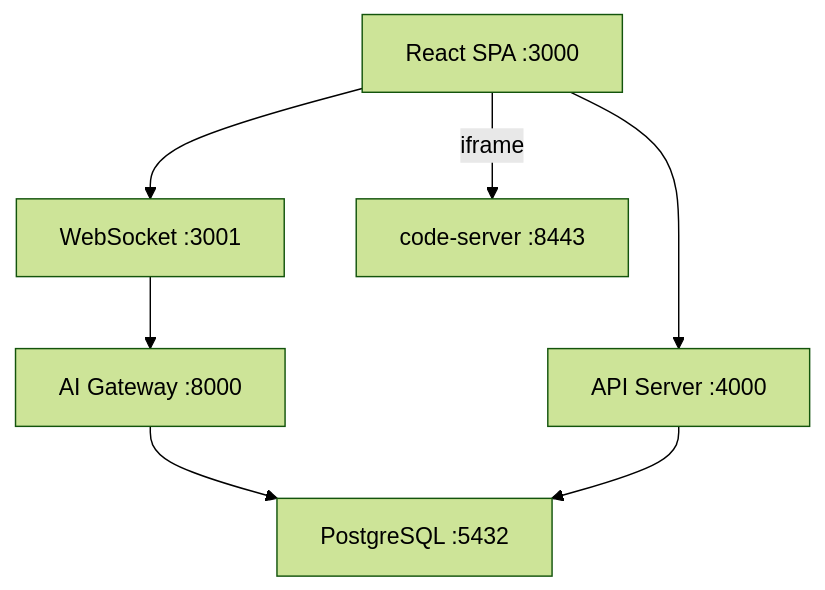
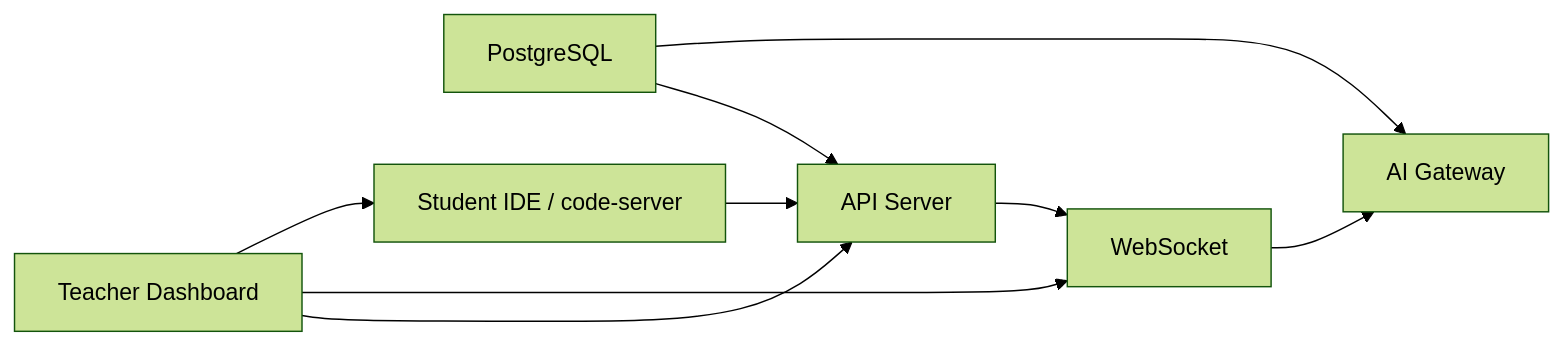
One commit to prisflow/sqlense changed the diagram in README.md. Above: the diagram before and after it, drawn with Mermaid (forest theme). The commit also changed other lines of this file and 54 other files, not shown here.

````diff
--- a/README.md
+++ b/README.md
@@ -22,9 +51,11 @@
 ```mermaid
-graph TB
-    SPA[React SPA :3000] --> API[API Server :4000]
-    SPA --> WS[WebSocket :3001]
-    SPA -- iframe --> CS[code-server :8443]
-    WS --> AI[AI Gateway :8000]
-    AI --> PG[PostgreSQL :5432]
-    API --> PG
+graph LR
+    PG[PostgreSQL] --> API[API Server]
+    API --> WS[WebSocket]
+    WS --> AI[AI Gateway]
+    PG --> AI
+    SPA[Teacher Dashboard] --> API
+    SPA --> WS
+    SPA --> CS[Student IDE / code-server]
+    CS --> API
 ```
````
